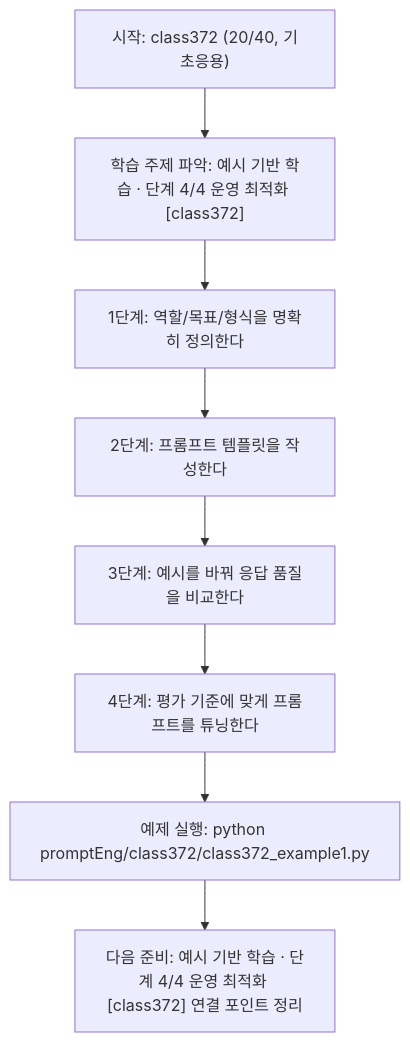
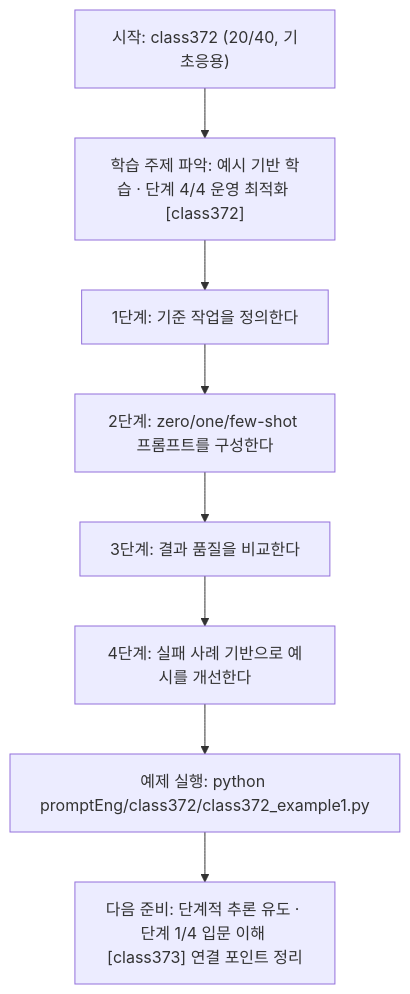
One commit to edumgt/Python-AI_Agent-Class changed the diagram in promptEng/class372/class372.md. Above: the diagram before and after it, drawn with Mermaid. The commit also changed other lines of this file and 283 other files, not shown here.

````diff
--- a/promptEng/class372/class372.md
+++ b/promptEng/class372/class372.md
@@ -110,18 +91,18 @@
 ```mermaid
 flowchart TD
 N1["시작: class372 (20/40, 기초응용)"]
 N2["학습 주제 파악: 예시 기반 학습 · 단계 4/4 운영 최적화 [class372]"]
-N3["1단계: 역할/목표/형식을 명확히 정의한다"]
-N4["2단계: 프롬프트 템플릿을 작성한다"]
-N5["3단계: 예시를 바꿔 응답 품질을 비교한다"]
-N6["4단계: 평가 기준에 맞게 프롬프트를 튜닝한다"]
+N3["1단계: 기준 작업을 정의한다"]
+N4["2단계: zero/one/few-shot 프롬프트를 구성한다"]
+N5["3단계: 결과 품질을 비교한다"]
+N6["4단계: 실패 사례 기반으로 예시를 개선한다"]
 N7["예제 실행: python promptEng/class372/class372_example1.py"]
-N8["다음 준비: 예시 기반 학습 · 단계 4/4 운영 최적화 [class372] 연결 포인트 정리"]
+N8["다음 준비: 단계적 추론 유도 · 단계 1/4 입문 이해 [class373] 연결 포인트 정리"]
 N1 --> N2
 N2 --> N3
 N3 --> N4
 N4 --> N5
 N5 --> N6
 N6 --> N7
 N7 --> N8
 ```
````
